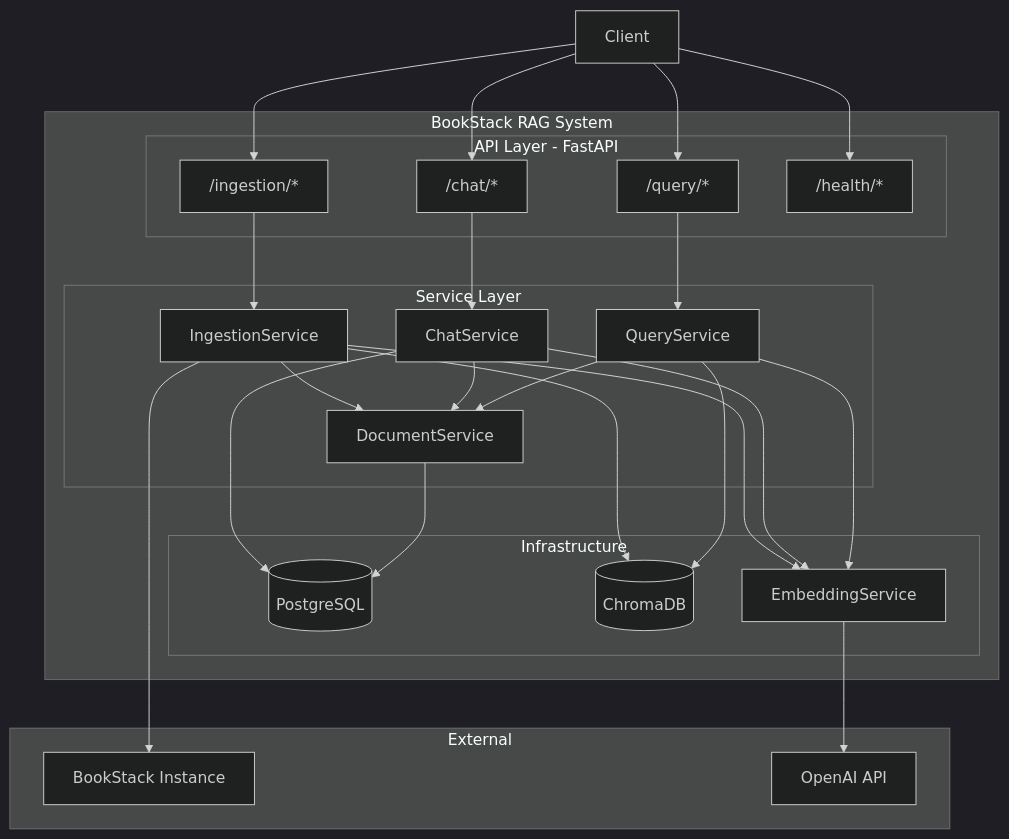
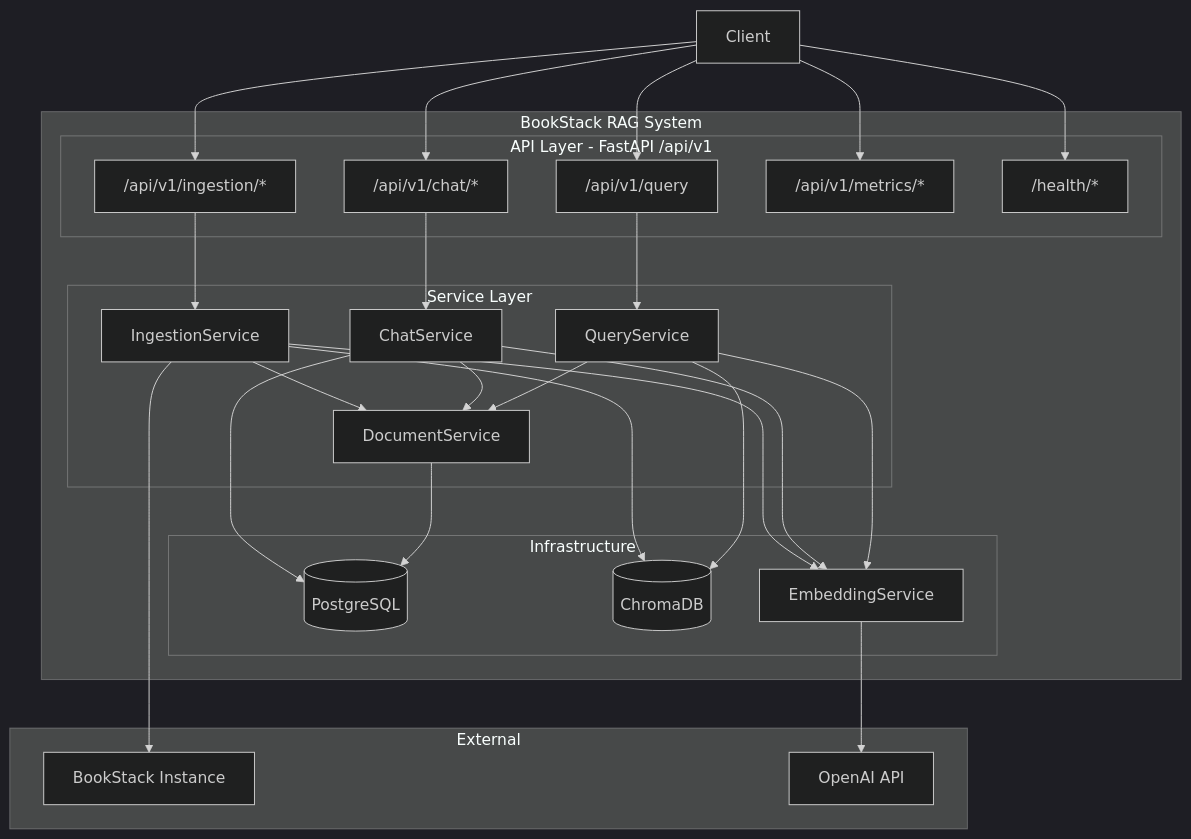
One commit to Jithendhar18/bookstack-rag-ingestion changed the first of 5 diagrams in ARCHITECTURE.md. Above: the diagram before and after it, drawn with Mermaid (dark theme). The commit also changed other lines of this file and 14 other files, not shown here.

````diff
--- a/ARCHITECTURE.md
+++ b/ARCHITECTURE.md
@@ -7,43 +7,44 @@
 ```mermaid
 graph TB
     subgraph External
         BS[BookStack Instance]
         OAI[OpenAI API]
     end
 
     subgraph "BookStack RAG System"
-        subgraph "API Layer - FastAPI"
-            QR["/query/*"]
-            CR["/chat/*"]
-            IR["/ingestion/*"]
+        subgraph "API Layer - FastAPI /api/v1"
+            QR["/api/v1/query"]
+            CR["/api/v1/chat/*"]
+            IR["/api/v1/ingestion/*"]
+            MR["/api/v1/metrics/*"]
             HR["/health/*"]
         end
 
         subgraph "Service Layer"
             QS[QueryService]
             CS[ChatService]
             IS[IngestionService]
             DS[DocumentService]
         end
 
         subgraph "Infrastructure"
             PG[(PostgreSQL)]
             CH[(ChromaDB)]
             EMB[EmbeddingService]
         end
     end
 
-    Client --> QR & CR & IR & HR
+    Client --> QR & CR & IR & MR & HR
     QR --> QS
     CR --> CS
     IR --> IS
     QS & CS --> DS
     QS & CS --> EMB
     IS --> DS
     IS --> EMB
     IS --> BS
     EMB --> OAI
     DS --> PG
     QS & IS --> CH
     CS --> PG
 ```
````
